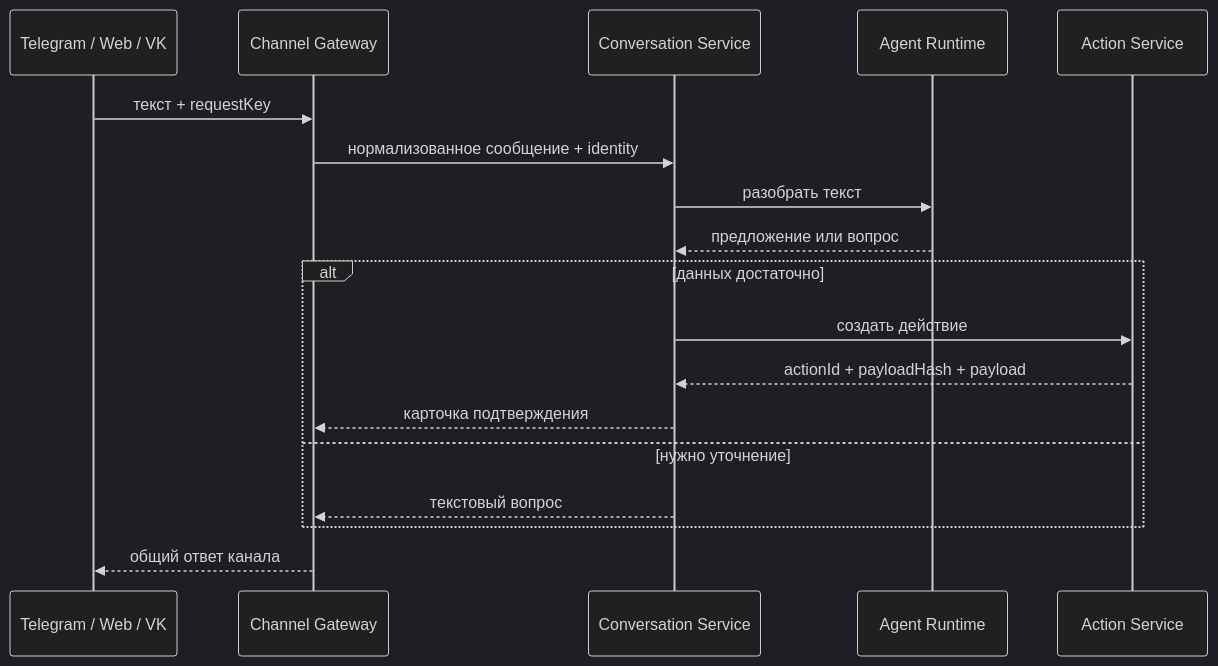
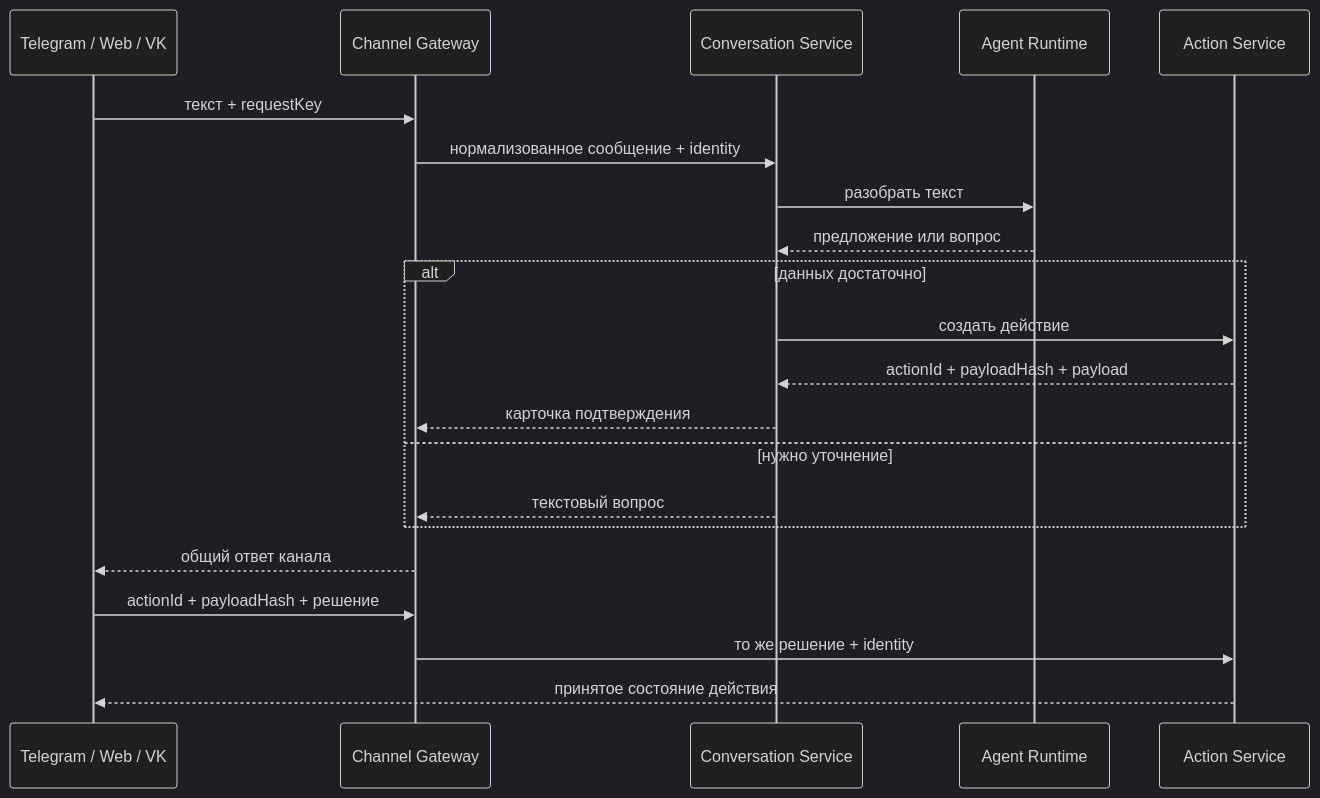
Before and after one commit to portable-agent/platform: the diagram in docs/adr/0013-conversation-orchestration.md, drawn with Mermaid (dark theme). The commit also changed other lines of this file and 3 other files, not shown here.

Commit message:
docs: record channel decision flow

````diff
--- a/docs/adr/0013-conversation-orchestration.md
+++ b/docs/adr/0013-conversation-orchestration.md
@@ -20,21 +20,24 @@
 ```mermaid
 sequenceDiagram
     participant Channel as Telegram / Web / VK
     participant Edge as Channel Gateway
     participant Talk as Conversation Service
     participant Agent as Agent Runtime
     participant Action as Action Service
 
     Channel->>Edge: текст + requestKey
     Edge->>Talk: нормализованное сообщение + identity
     Talk->>Agent: разобрать текст
     Agent-->>Talk: предложение или вопрос
     alt данных достаточно
         Talk->>Action: создать действие
         Action-->>Talk: actionId + payloadHash + payload
         Talk-->>Edge: карточка подтверждения
     else нужно уточнение
         Talk-->>Edge: текстовый вопрос
     end
     Edge-->>Channel: общий ответ канала
+    Channel->>Edge: actionId + payloadHash + решение
+    Edge->>Action: то же решение + identity
+    Action-->>Channel: принятое состояние действия
 ```
````
